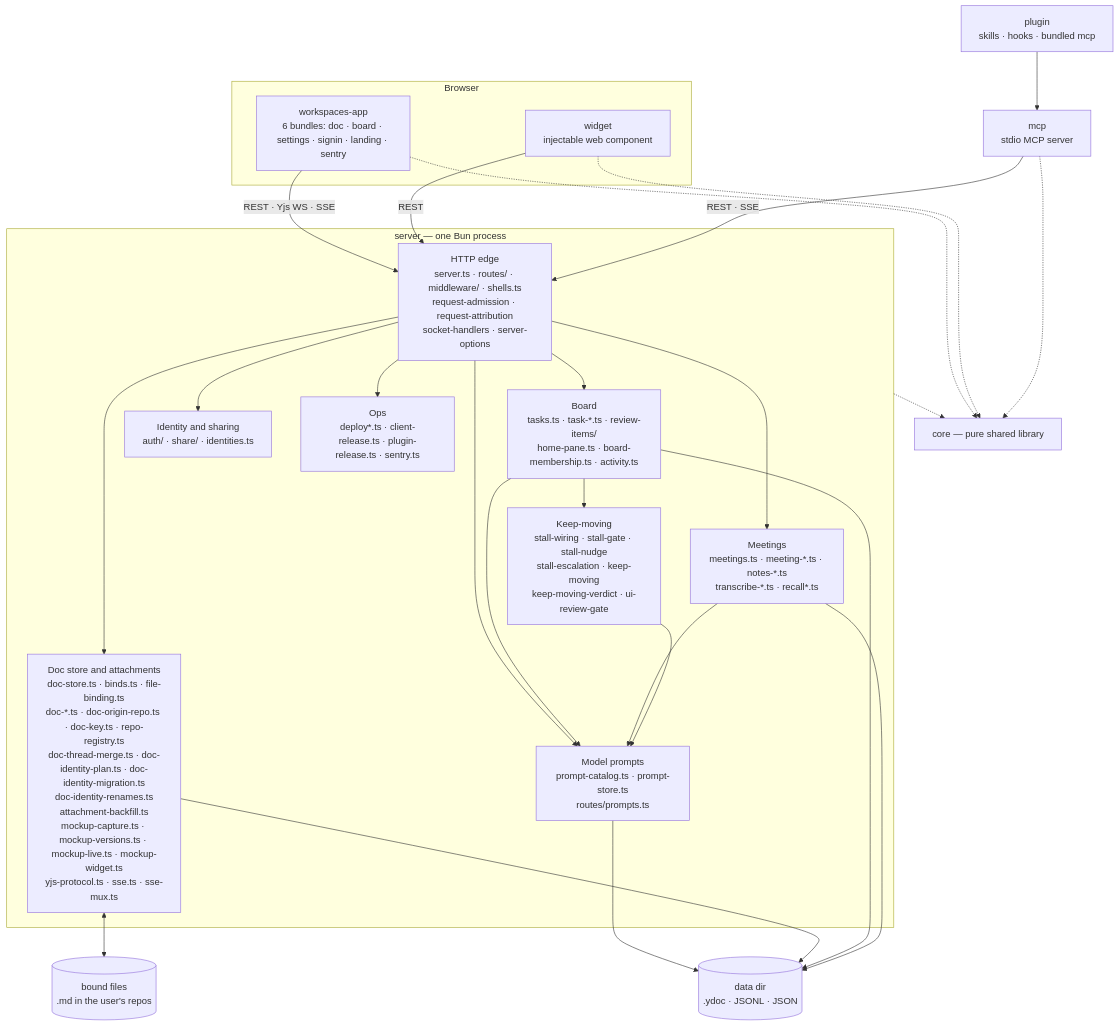
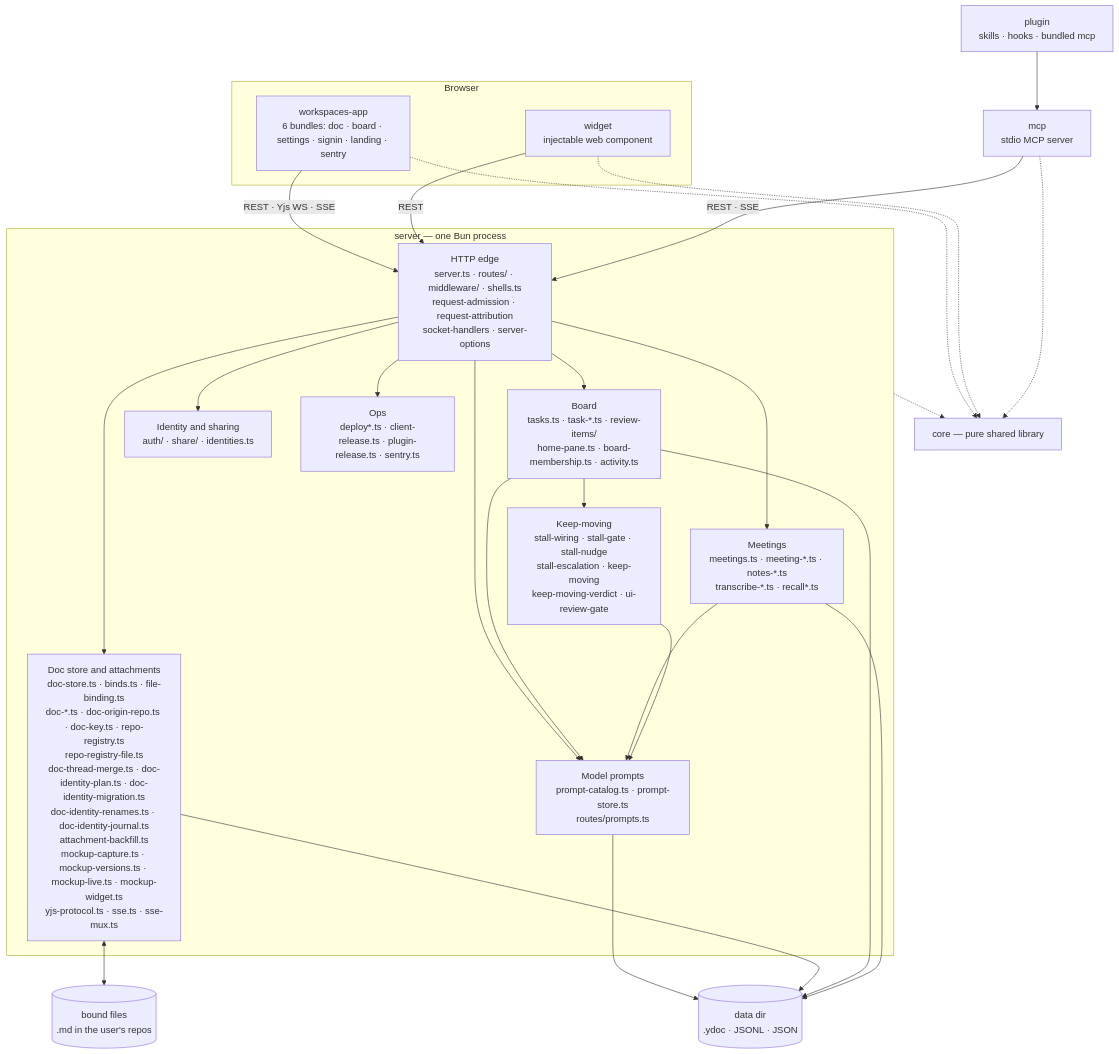
The first of 2 diagrams in docs/architecture/overview.md (fryanpan/claude-workspaces-plugin), drawn with Mermaid before and after one commit. The commit also changed other lines of this file and 10 other files, not shown here.

````diff
--- a/docs/architecture/overview.md
+++ b/docs/architecture/overview.md
@@ -45,35 +45,35 @@
 ```mermaid
 flowchart TB
   subgraph browser[Browser]
     app["workspaces-app<br/>6 bundles: doc · board · settings · signin · landing · sentry"]
     wid["widget<br/>injectable web component"]
   end
   plug["plugin<br/>skills · hooks · bundled mcp"]
   mcp["mcp<br/>stdio MCP server"]
   subgraph srv["server — one Bun process"]
     edge["HTTP edge<br/>server.ts · routes/ · middleware/ · shells.ts<br/>request-admission · request-attribution<br/>socket-handlers · server-options"]
-    docs["Doc store and attachments<br/>doc-store.ts · binds.ts · file-binding.ts<br/>doc-*.ts · doc-origin-repo.ts · doc-key.ts · repo-registry.ts<br/>doc-thread-merge.ts · doc-identity-plan.ts · doc-identity-migration.ts<br/>doc-identity-renames.ts<br/>attachment-backfill.ts<br/>mockup-capture.ts · mockup-versions.ts · mockup-live.ts · mockup-widget.ts<br/>yjs-protocol.ts · sse.ts · sse-mux.ts"]
+    docs["Doc store and attachments<br/>doc-store.ts · binds.ts · file-binding.ts<br/>doc-*.ts · doc-origin-repo.ts · doc-key.ts · repo-registry.ts<br/>repo-registry-file.ts<br/>doc-thread-merge.ts · doc-identity-plan.ts · doc-identity-migration.ts<br/>doc-identity-renames.ts · doc-identity-journal.ts<br/>attachment-backfill.ts<br/>mockup-capture.ts · mockup-versions.ts · mockup-live.ts · mockup-widget.ts<br/>yjs-protocol.ts · sse.ts · sse-mux.ts"]
     board["Board<br/>tasks.ts · task-*.ts · review-items/<br/>home-pane.ts · board-membership.ts · activity.ts"]
     meet["Meetings<br/>meetings.ts · meeting-*.ts · notes-*.ts<br/>transcribe-*.ts · recall*.ts"]
     keep["Keep-moving<br/>stall-wiring · stall-gate · stall-nudge<br/>stall-escalation · keep-moving<br/>keep-moving-verdict · ui-review-gate"]
     ident["Identity and sharing<br/>auth/ · share/ · identities.ts"]
     prompts["Model prompts<br/>prompt-catalog.ts · prompt-store.ts<br/>routes/prompts.ts"]
     ops["Ops<br/>deploy*.ts · client-release.ts · plugin-release.ts · sentry.ts"]
   end
   core["core — pure shared library"]
   disk[("data dir<br/>.ydoc · JSONL · JSON")]
   files[("bound files<br/>.md in the user's repos")]
 
   app -->|"REST · Yjs WS · SSE"| edge
   wid -->|REST| edge
   plug --> mcp
   mcp -->|"REST · SSE"| edge
   edge --> docs & board & meet & ident & ops & prompts
   board & meet & keep --> prompts
   prompts --> disk
   board --> keep
   docs <--> files
   docs & board & meet --> disk
   app & wid & mcp -.-> core
   srv -.-> core
 ```
````
